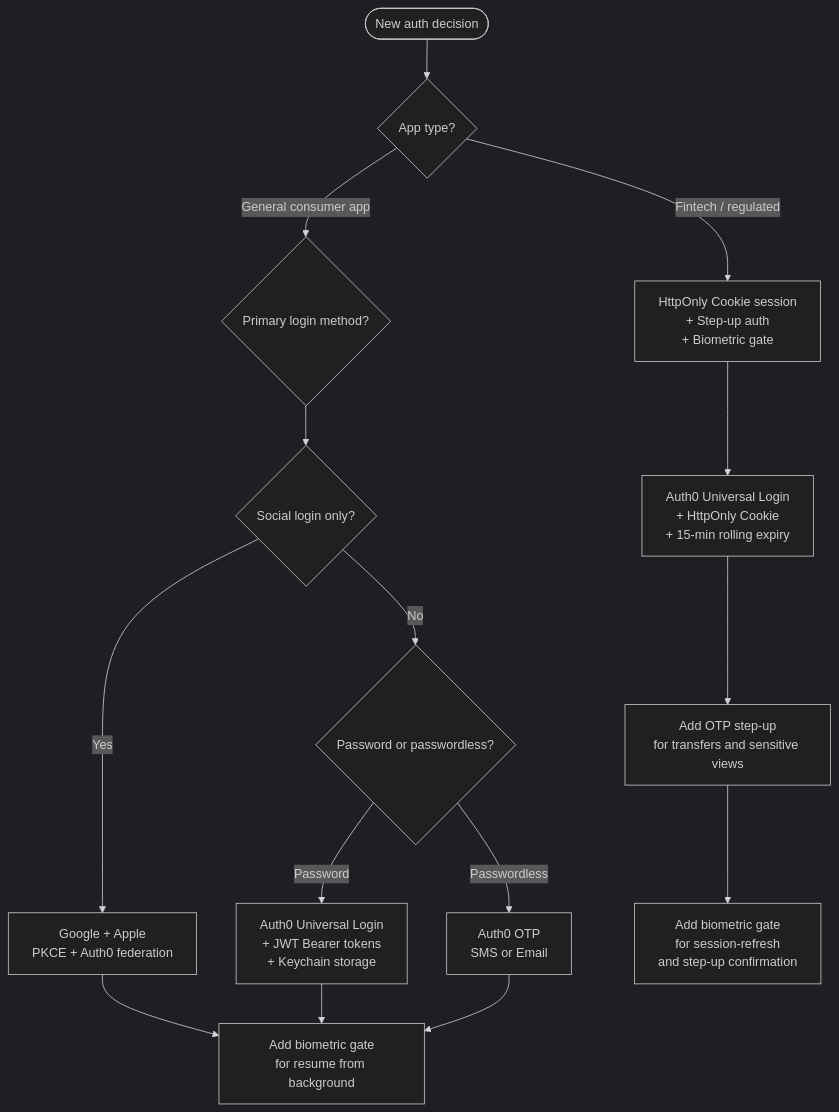
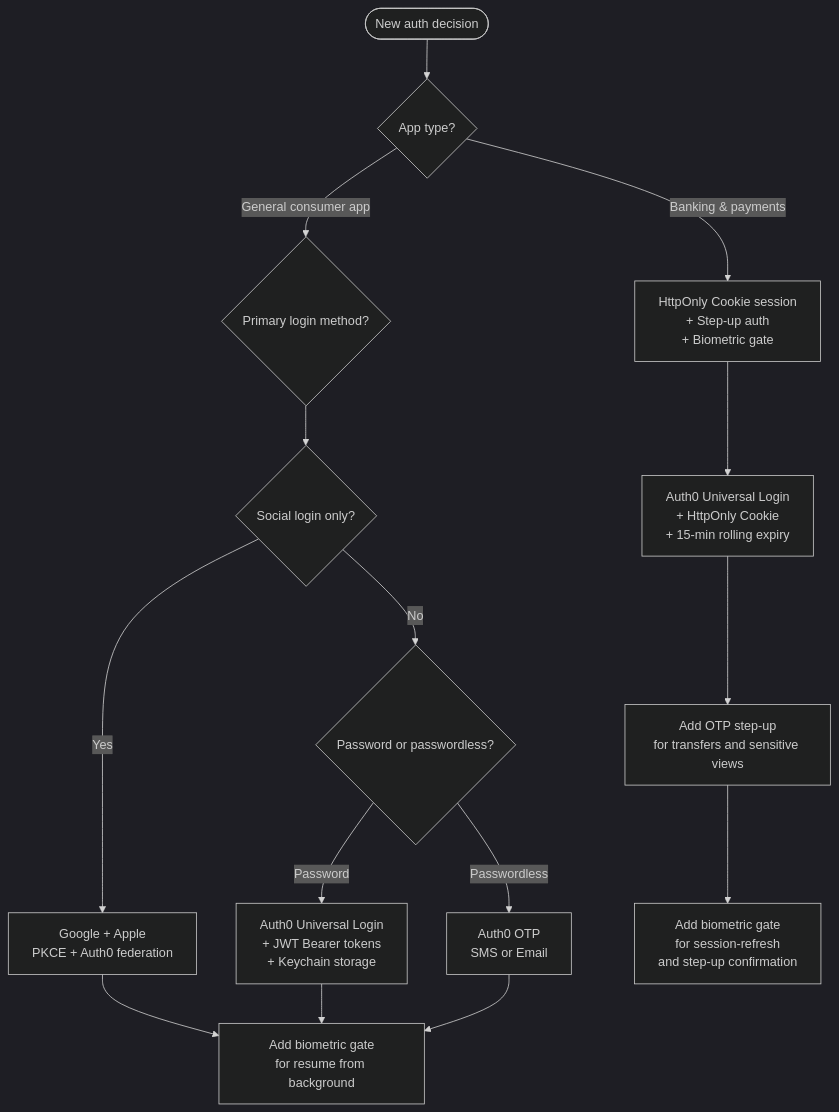
Before and after one commit to rohan3342/mobile-engineering-hub: the tenth of 10 diagrams in docs/auth/01-rn-auth-architecture.md, drawn with Mermaid (dark theme). The commit also changed other lines of this file and 3 other files, not shown here.

````diff
--- a/docs/auth/01-rn-auth-architecture.md
+++ b/docs/auth/01-rn-auth-architecture.md
@@ -1719,17 +2207,17 @@
 ```mermaid
 flowchart TD
     A([New auth decision]) --> B{App type?}
     B -- General consumer app --> C{Primary login method?}
-    B -- Fintech / regulated --> D[HttpOnly Cookie session\n+ Step-up auth\n+ Biometric gate]
+    B -- Banking & payments --> D[HttpOnly Cookie session\n+ Step-up auth\n+ Biometric gate]
 
     C --> E{Social login only?}
     E -- Yes --> F[Google + Apple\nPKCE + Auth0 federation]
     E -- No --> G{Password or passwordless?}
     G -- Password --> H[Auth0 Universal Login\n+ JWT Bearer tokens\n+ Keychain storage]
     G -- Passwordless --> I[Auth0 OTP\nSMS or Email]
     F & H & I --> J[Add biometric gate\nfor resume from background]
 
     D --> K[Auth0 Universal Login\n+ HttpOnly Cookie\n+ 15-min rolling expiry]
     K --> L[Add OTP step-up\nfor transfers and sensitive views]
     L --> M[Add biometric gate\nfor session-refresh\nand step-up confirmation]
 ```
````
